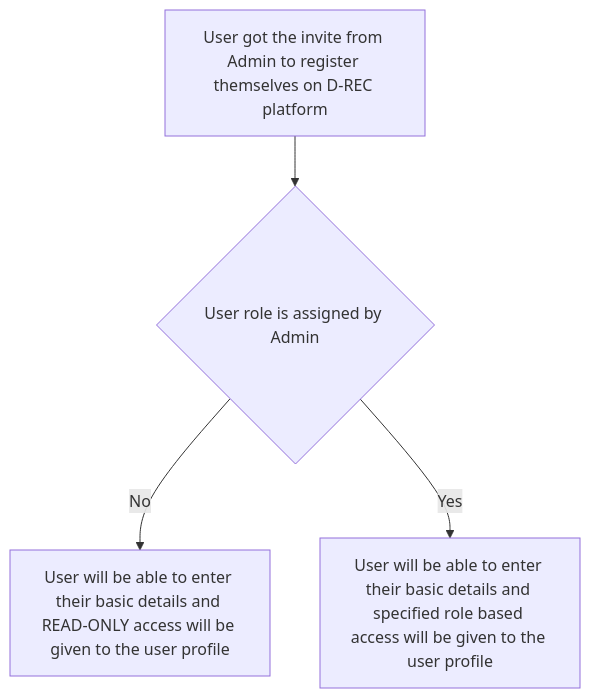
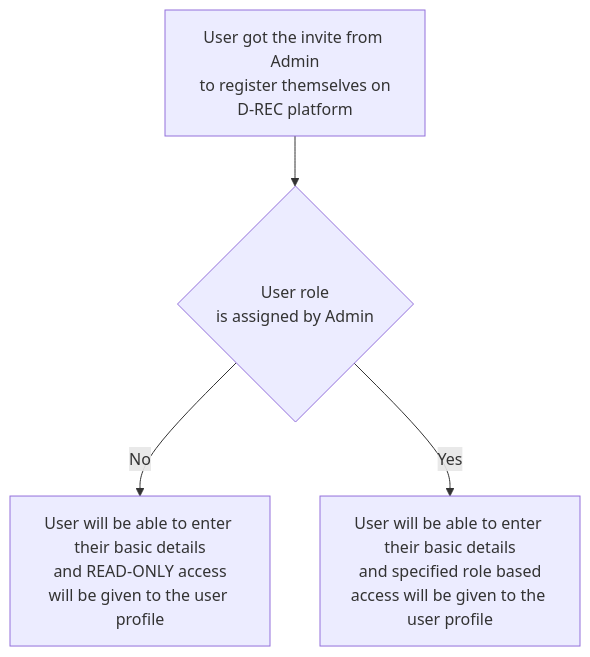
One commit to d-rec/drec-origin changed the second of 18 diagrams in docs/dev_docs/functional-requirements.md. Above: the diagram before and after it, drawn with Mermaid. The commit also changed other lines of this file, not shown here.

````diff
--- a/docs/dev_docs/functional-requirements.md
+++ b/docs/dev_docs/functional-requirements.md
@@ -261,11 +261,11 @@
 ```mermaid
 flowchart TD
-  A[User got the invite from Admin to register themselves on D-REC platform]
-  B{User role is assigned by Admin}
-  C[User will be able to enter their basic details and READ-ONLY access will be given to the user profile]
-  D[User will be able to enter their basic details and specified role based access will be given to the user profile]
+  A[User got the invite from Admin\n to register themselves on D-REC platform]
+  B{User role\n is assigned by Admin}
+  C[User will be able to enter their basic details\n and READ-ONLY access will be given to the user profile]
+  D[User will be able to enter their basic details\n and specified role based access will be given to the user profile]
 
   A --> B
   B -- No --> C
   B -- Yes --> D
 ```
````
